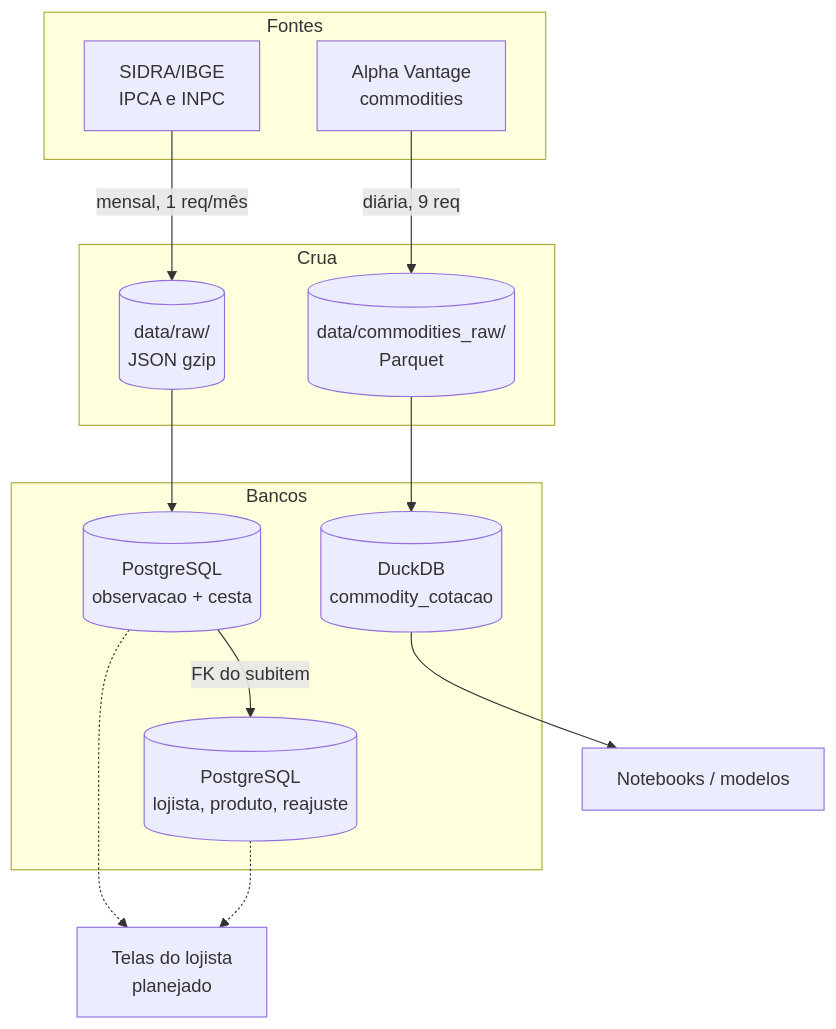
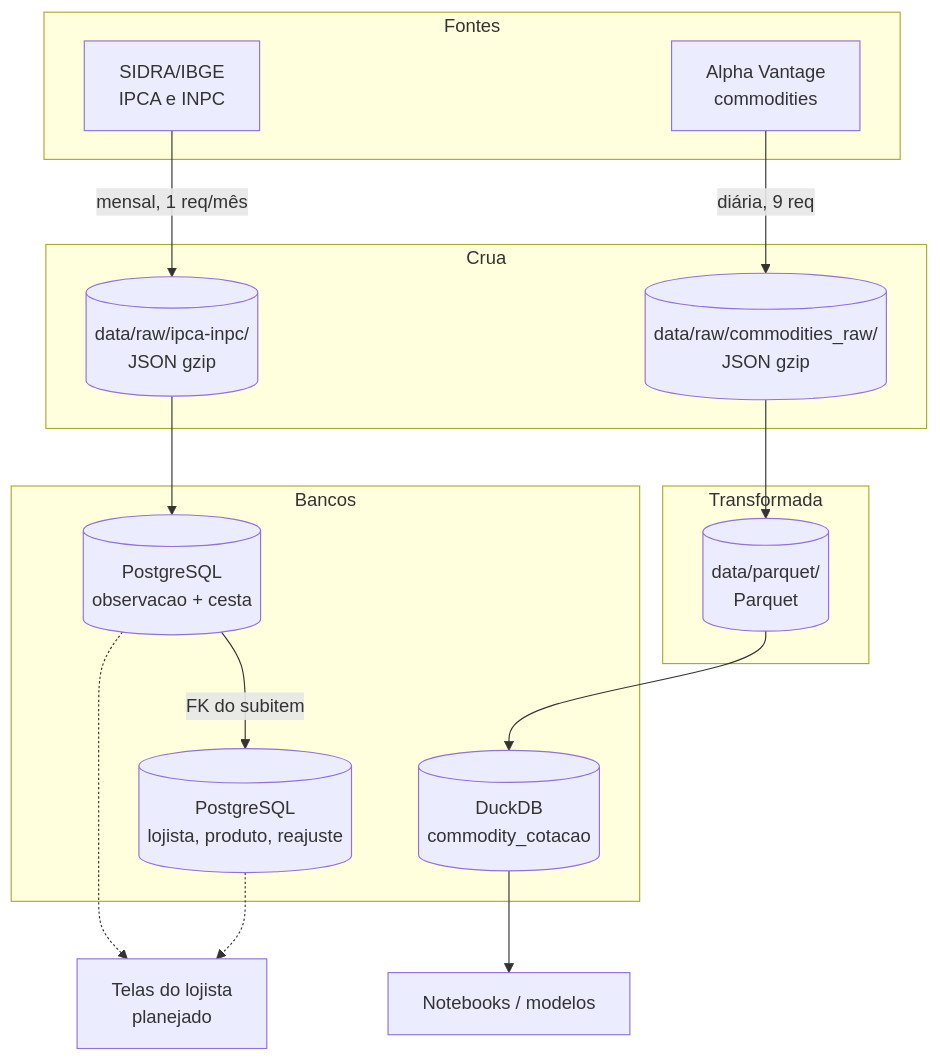
Before and after one commit to Bappoz/inflatrack: the diagram in docs/arquitetura/fluxoDados.md, drawn with Mermaid. The commit also changed other lines of this file and 14 other files, not shown here.

````diff
--- a/docs/arquitetura/fluxoDados.md
+++ b/docs/arquitetura/fluxoDados.md
@@ -5,22 +5,25 @@
 ```mermaid
 flowchart TB
     subgraph Fontes
         S[SIDRA/IBGE<br/>IPCA e INPC]
         AV[Alpha Vantage<br/>commodities]
     end
     subgraph Crua
-        R1[(data/raw/<br/>JSON gzip)]
-        R2[(data/commodities_raw/<br/>Parquet)]
+        R1[(data/raw/ipca-inpc/<br/>JSON gzip)]
+        R2[(data/raw/commodities_raw/<br/>JSON gzip)]
+    end
+    subgraph Transformada
+        PQ[(data/parquet/<br/>Parquet)]
     end
     subgraph Bancos
         PG[(PostgreSQL<br/>observacao + cesta)]
         TX[(PostgreSQL<br/>lojista, produto, reajuste)]
         DK[(DuckDB<br/>commodity_cotacao)]
     end
     S -->|mensal, 1 req/mês| R1 --> PG
-    AV -->|diária, 9 req| R2 --> DK
+    AV -->|diária, 9 req| R2 --> PQ --> DK
     PG -->|FK do subitem| TX
     PG -.-> V[Telas do lojista<br/>planejado]
     TX -.-> V
     DK --> ML[Notebooks / modelos]
 ```
````
